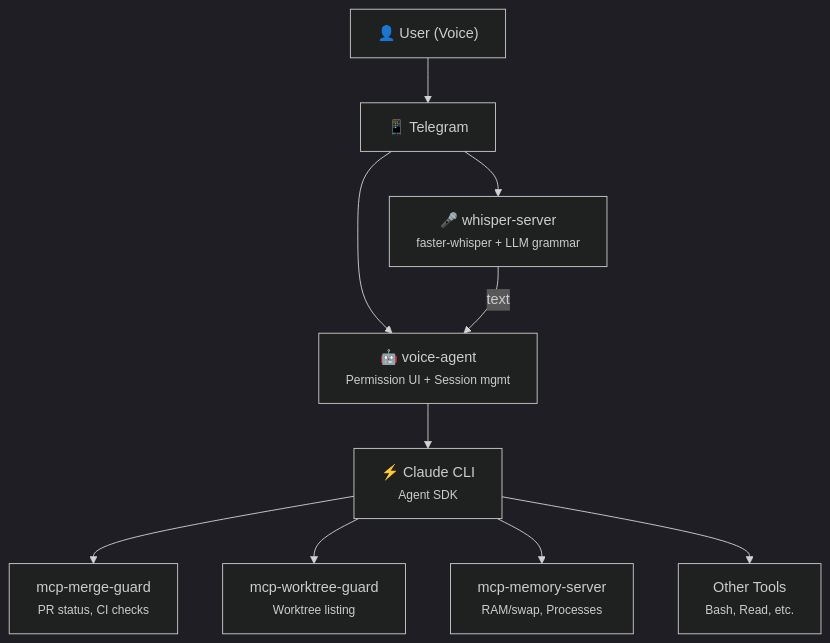
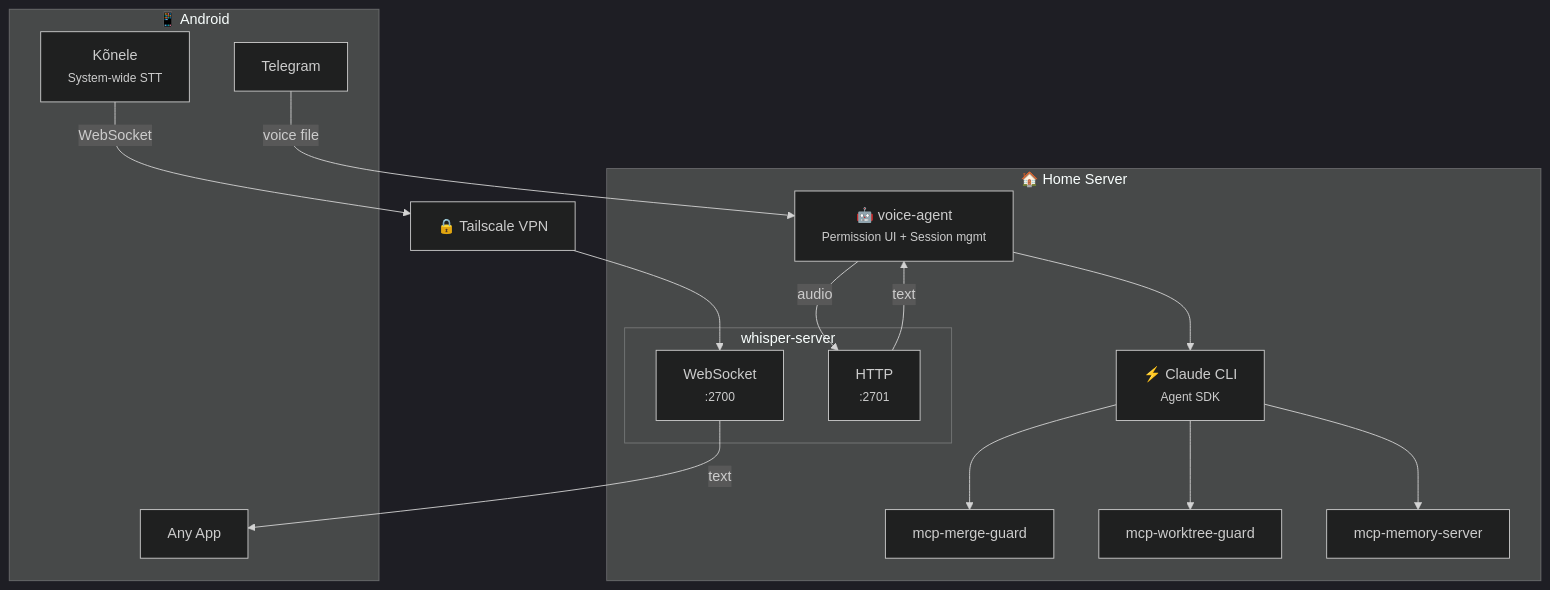
Before and after one commit to paolino/ai-chronicles: the fifth of 5 diagrams in docs/entries/2026-01-31-02-01.md, drawn with Mermaid (dark theme). The commit also changed other lines of this file and 1 other file, not shown here.

Commit message:
docs: add Kõnele and Tailscale to architecture
- Show two parallel flows: Telegram→Claude and Kõnele→System STT
- Document WebSocket (streaming) vs HTTP (batch) interfaces
- Add Tailscale VPN for remote access
- Update whisper-server description
- Add networking to technical stack

````diff
--- a/docs/entries/2026-01-31-02-01.md
+++ b/docs/entries/2026-01-31-02-01.md
@@ -169,22 +171,34 @@
 ```mermaid
 flowchart TD
-    User["👤 User (Voice)"]
-    Telegram["📱 Telegram"]
-    Whisper["🎤 whisper-server<br/><small>faster-whisper + LLM grammar</small>"]
-    VoiceAgent["🤖 voice-agent<br/><small>Permission UI + Session mgmt</small>"]
-    Claude["⚡ Claude CLI<br/><small>Agent SDK</small>"]
-    MergeGuard["mcp-merge-guard<br/><small>PR status, CI checks</small>"]
-    WorktreeGuard["mcp-worktree-guard<br/><small>Worktree listing</small>"]
-    MemoryServer["mcp-memory-server<br/><small>RAM/swap, Processes</small>"]
-    OtherTools["Other Tools<br/><small>Bash, Read, etc.</small>"]
+    subgraph android["📱 Android"]
+        Konele["Kõnele<br/><small>System-wide STT</small>"]
+        Telegram["Telegram"]
+        AnyApp["Any App"]
+    end
 
-    User --> Telegram
-    Telegram --> Whisper
-    Telegram --> VoiceAgent
-    Whisper -->|text| VoiceAgent
+    subgraph home["🏠 Home Server"]
+        subgraph whisper["whisper-server"]
+            WS["WebSocket<br/><small>:2700</small>"]
+            HTTP["HTTP<br/><small>:2701</small>"]
+        end
+        VoiceAgent["🤖 voice-agent<br/><small>Permission UI + Session mgmt</small>"]
+        Claude["⚡ Claude CLI<br/><small>Agent SDK</small>"]
+        MergeGuard["mcp-merge-guard"]
+        WorktreeGuard["mcp-worktree-guard"]
+        MemoryServer["mcp-memory-server"]
+    end
+
+    Tailscale["🔒 Tailscale VPN"]
+
+    Konele -->|WebSocket| Tailscale
+    Tailscale --> WS
+    WS -->|text| AnyApp
+
+    Telegram -->|voice file| VoiceAgent
+    VoiceAgent -->|audio| HTTP
+    HTTP -->|text| VoiceAgent
     VoiceAgent --> Claude
     Claude --> MergeGuard
     Claude --> WorktreeGuard
     Claude --> MemoryServer
-    Claude --> OtherTools
 ```
````
